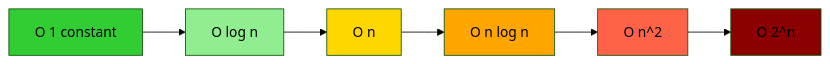
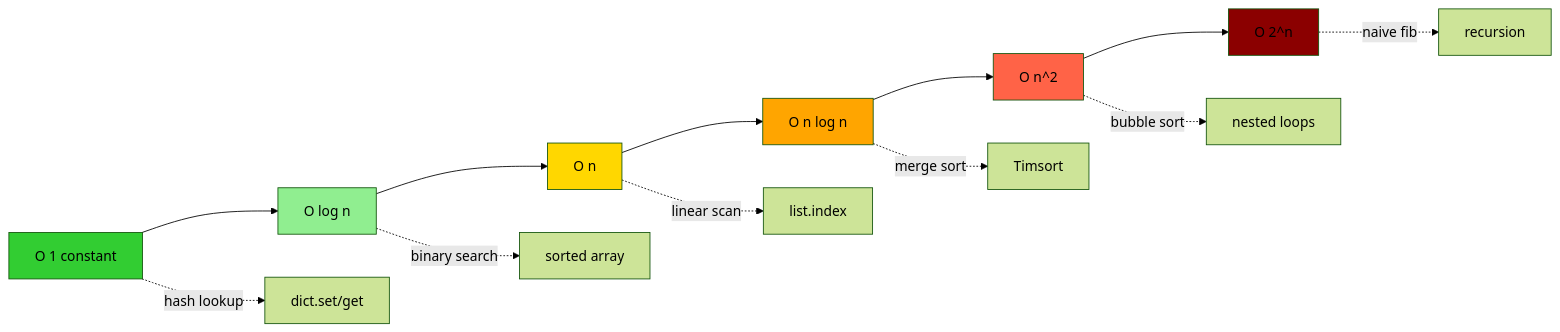
The third of 5 diagrams in MIT_CEE_GIRs/6.0001_Introduction_to_CS_and_Python.md (yip-lgtm/civil-bootcamp), drawn with Mermaid (forest theme) before and after one commit. The commit also changed other lines of this file and 12 other files, not shown here.

First line of the commit message:
LLM enrichment: 13 courses enhanced with real scholars, sources, diagrams

````diff
--- a/MIT_CEE_GIRs/6.0001_Introduction_to_CS_and_Python.md
+++ b/MIT_CEE_GIRs/6.0001_Introduction_to_CS_and_Python.md
@@ -234,14 +384,20 @@
 ```mermaid
 flowchart LR
     A[O 1 constant] --> B[O log n]
     B --> C[O n]
     C --> D[O n log n]
     D --> E[O n^2]
     E --> F[O 2^n]
+    A -.->|hash lookup| H[dict.set/get]
+    B -.->|binary search| I[sorted array]
+    C -.->|linear scan| J[list.index]
+    D -.->|merge sort| K[Timsort]
+    E -.->|bubble sort| L[nested loops]
+    F -.->|naive fib| M[recursion]
     style A fill:#32CD32
     style B fill:#90EE90
     style C fill:#FFD700
     style D fill:#FFA500
     style E fill:#FF6347
     style F fill:#8B0000
 ```
````
